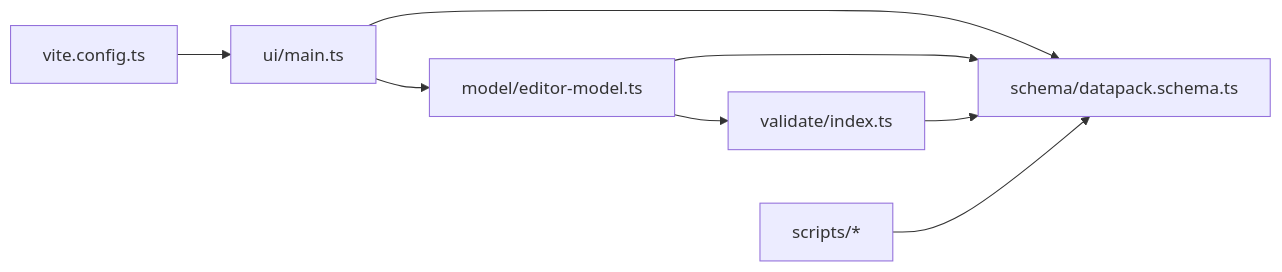
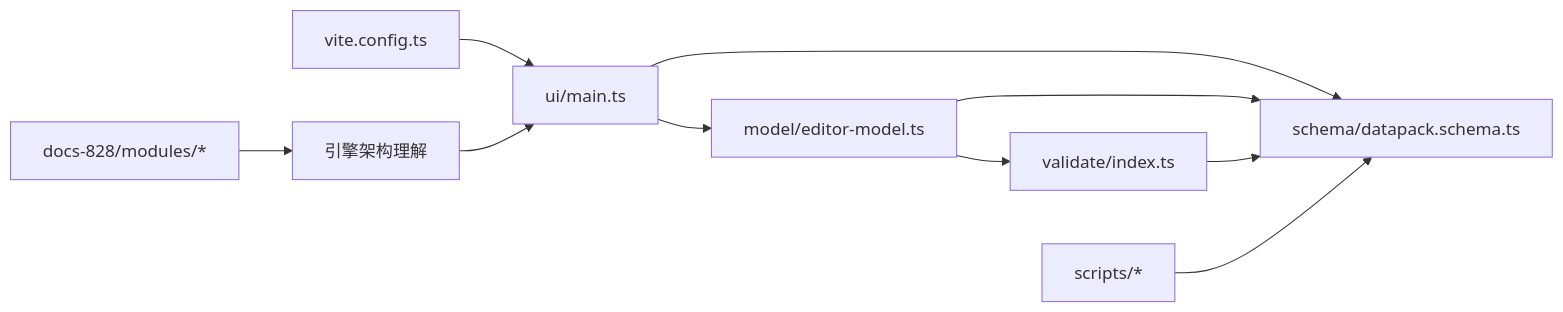
The seventh of 7 diagrams in .qoder/repowiki/zh/content/开发工具/开发工具.md (EsiLA9/Arona-Clicker), drawn with Mermaid before and after one commit. The commit also changed other lines of this file and 45 other files, not shown here.

````diff
--- a/.qoder/repowiki/zh/content/开发工具/开发工具.md
+++ b/.qoder/repowiki/zh/content/开发工具/开发工具.md
@@ -319,10 +471,12 @@
 ```mermaid
 graph LR
 UI["ui/main.ts"] --> MODEL["model/editor-model.ts"]
 UI --> SCHEMA["schema/datapack.schema.ts"]
 MODEL --> VALIDATE["validate/index.ts"]
 MODEL --> SCHEMA
 VALIDATE --> SCHEMA
 BUILD["vite.config.ts"] --> UI
 SCRIPTS["scripts/*"] --> SCHEMA
+MODULES["docs-828/modules/*"] --> UNDERSTANDING["引擎架构理解"]
+UNDERSTANDING --> UI
 ```
````
